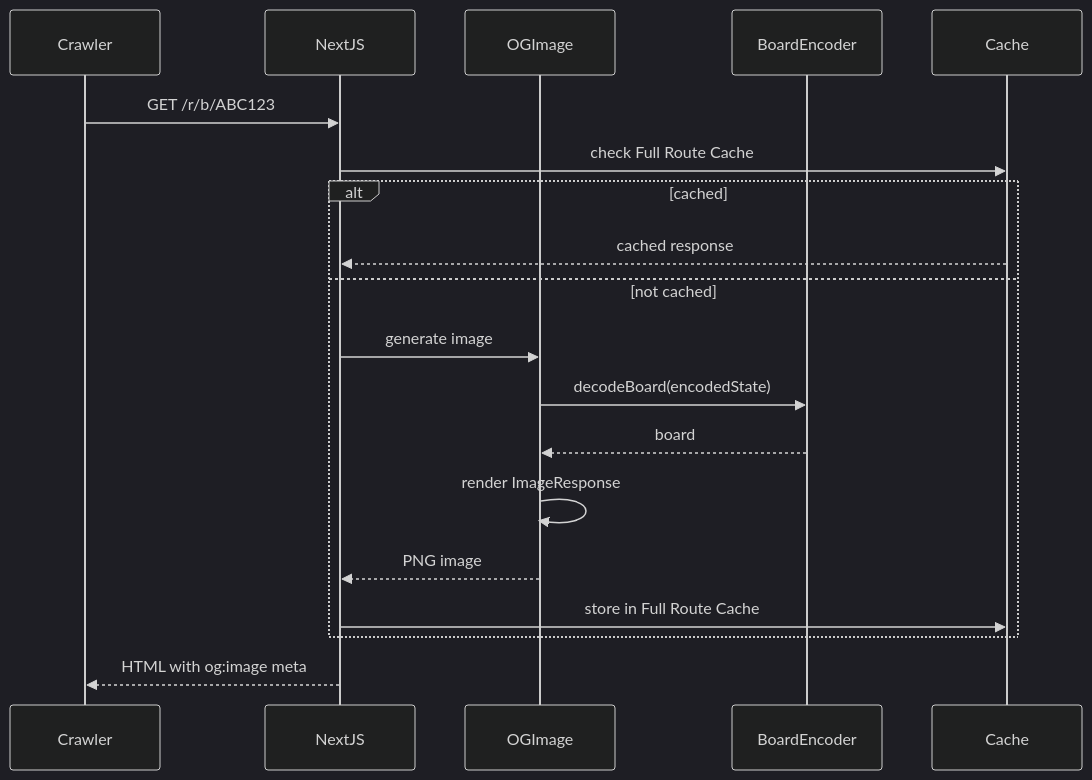
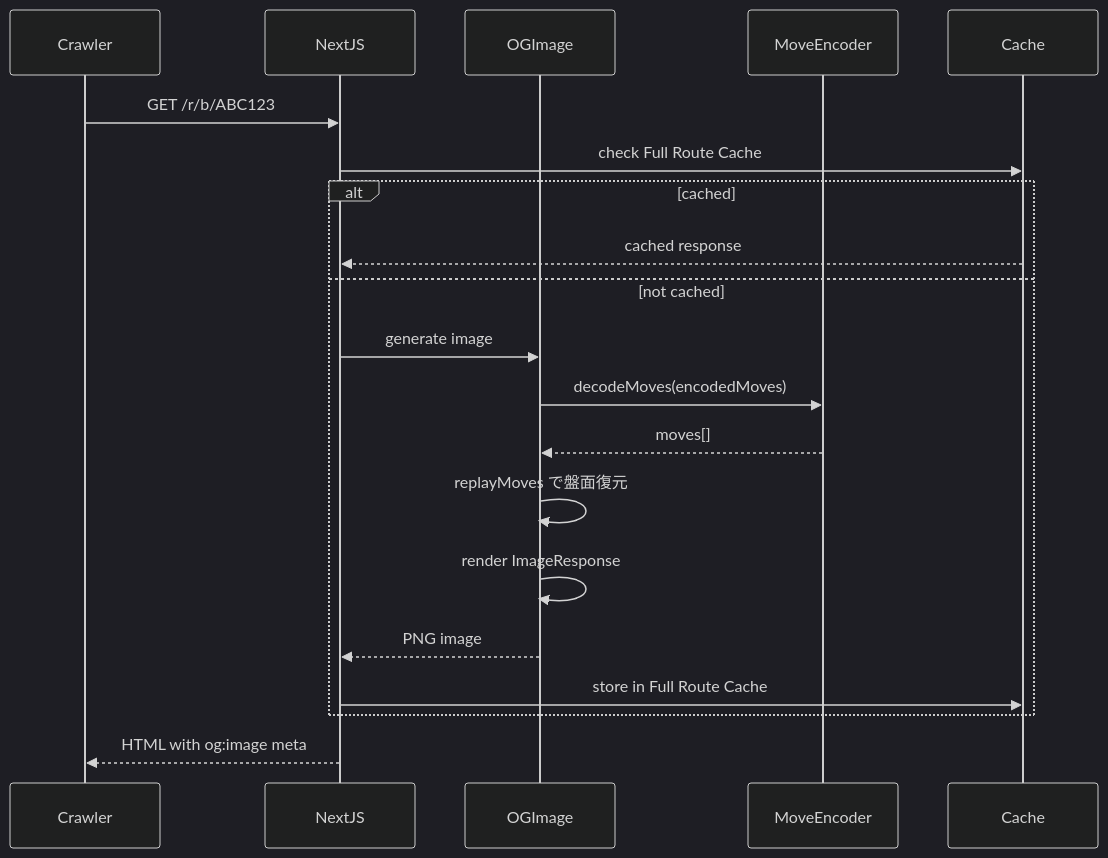
One commit to noriaki/line-miniapp-reversi changed the fifth of 6 diagrams in .specify/specs/game-result-share-v2/design.md. Above: the diagram before and after it, drawn with Mermaid (dark theme). The commit also changed other lines of this file and 3 other files, not shown here.

````diff
--- a/.specify/specs/game-result-share-v2/design.md
+++ b/.specify/specs/game-result-share-v2/design.md
@@ -209,22 +207,23 @@
 ```mermaid
 sequenceDiagram
     participant Crawler
     participant NextJS
     participant OGImage
-    participant BoardEncoder
+    participant MoveEncoder
     participant Cache
 
     Crawler->>NextJS: GET /r/b/ABC123
     NextJS->>Cache: check Full Route Cache
     alt cached
         Cache-->>NextJS: cached response
     else not cached
         NextJS->>OGImage: generate image
-        OGImage->>BoardEncoder: decodeBoard(encodedState)
-        BoardEncoder-->>OGImage: board
+        OGImage->>MoveEncoder: decodeMoves(encodedMoves)
+        MoveEncoder-->>OGImage: moves[]
+        OGImage->>OGImage: replayMoves で盤面復元
         OGImage->>OGImage: render ImageResponse
         OGImage-->>NextJS: PNG image
         NextJS->>Cache: store in Full Route Cache
     end
     NextJS-->>Crawler: HTML with og:image meta
 ```
````
